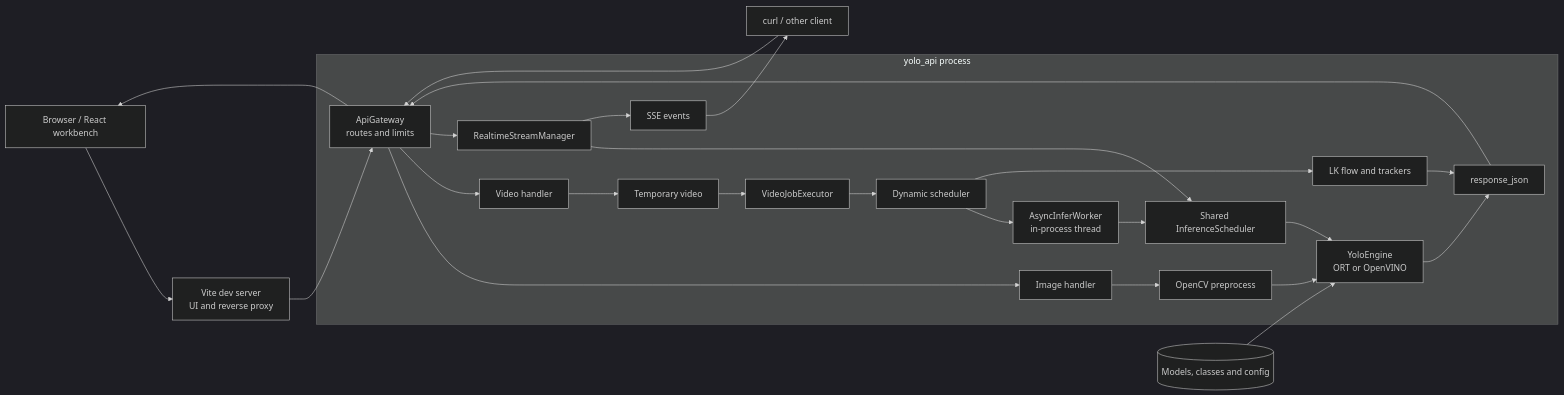
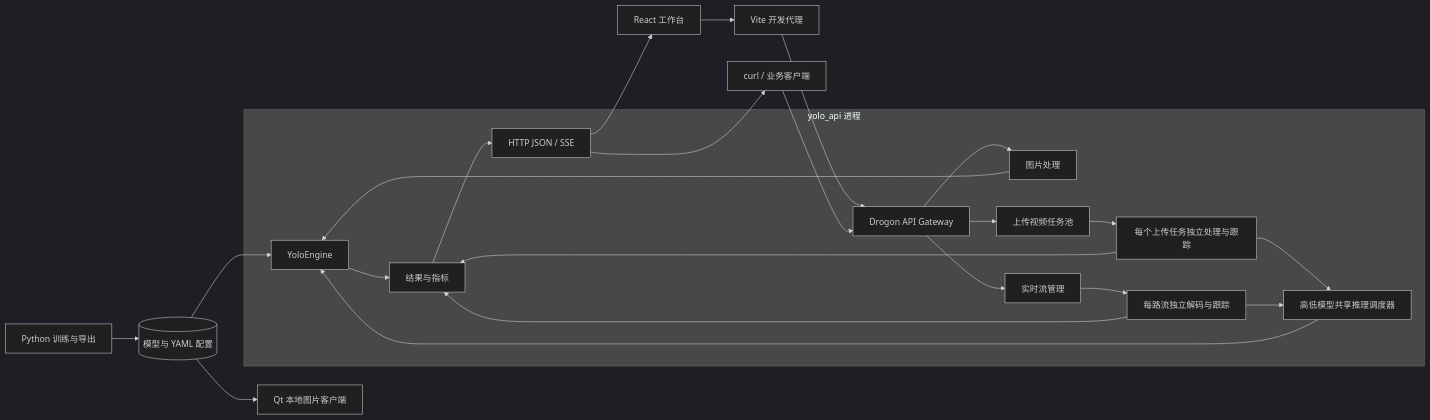
One commit to ChutianDuan/Yolo changed the diagram in readme.md. Above: the diagram before and after it, drawn with Mermaid (dark theme). The commit also changed other lines of this file and 40 other files, not shown here.

````diff
--- a/readme.md
+++ b/readme.md
@@ -24,39 +56,29 @@
-~~~mermaid
+```mermaid
 flowchart LR
-    Browser[Browser / React workbench]
-    Client[curl / other client]
-    Vite[Vite dev server<br/>UI and reverse proxy]
+    Train[Python 训练与导出] --> Models[(模型与 YAML 配置)]
+    Browser[React 工作台] --> Vite[Vite 开发代理]
+    Vite --> Gateway
+    Client[curl / 业务客户端] --> Gateway
 
-    subgraph Service[yolo_api process]
-        Gateway[ApiGateway<br/>routes and limits]
-        ImageAPI[Image handler]
-        VideoAPI[Video handler]
-        Temp[Temporary video]
-        Jobs[VideoJobExecutor]
-        Streams[RealtimeStreamManager]
-        Shared[Shared InferenceScheduler]
-        SSE[SSE events]
-        CV[OpenCV preprocess]
-        Scheduler[Dynamic scheduler]
-        Worker[AsyncInferWorker<br/>in-process thread]
-        Tracking[LK flow and trackers]
-        Engine[YoloEngine<br/>ORT or OpenVINO]
-        JSON[response_json]
+    subgraph Backend[yolo_api 进程]
+        Gateway[Drogon API Gateway]
+        Gateway --> Image[图片处理]
+        Gateway --> Video[上传视频任务池]
+        Gateway --> Streams[实时流管理]
+        Video --> FileProcessor[每个上传任务独立处理与跟踪]
+        Streams --> LiveProcessor[每路流独立解码与跟踪]
+        FileProcessor --> Scheduler[高低模型共享推理调度器]
+        LiveProcessor --> Scheduler
+        Image --> Engine[YoloEngine]
+        Scheduler --> Engine
+        Engine --> Result[结果与指标]
+        FileProcessor --> Result
+        LiveProcessor --> Result
+        Result --> Output[HTTP JSON / SSE]
     end
 
-    Models[(Models, classes and config)]
-
-    Browser --> Vite --> Gateway
-    Client --> Gateway
-    Gateway --> ImageAPI --> CV --> Engine
-    Gateway --> VideoAPI --> Temp --> Jobs --> Scheduler
-    Gateway --> Streams --> Shared --> Engine
-    Streams --> SSE
-    SSE --> Client
-    Scheduler --> Worker --> Shared
-    Scheduler --> Tracking
     Models --> Engine
-    Engine --> JSON
-    Tracking --> JSON
-    JSON --> Gateway --> Browser
-~~~
+    Models --> Qt[Qt 本地图片客户端]
+    Output --> Browser
+    Output --> Client
+```
````
